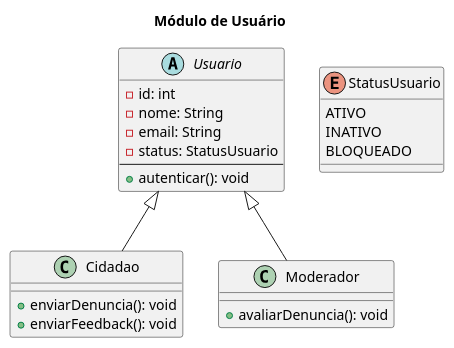
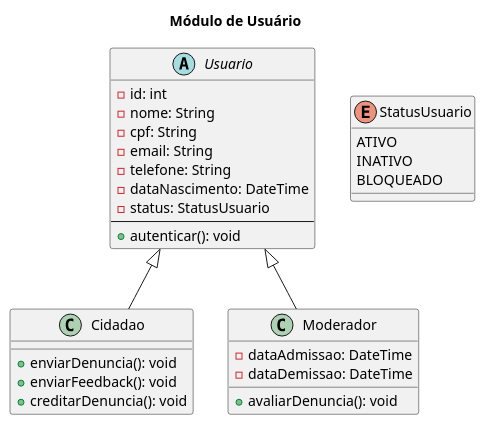
One commit to rafa-alves6/Reclama.se-AOO changed the second of 2 diagrams in modelos/readme.md. Above: the diagram before and after it, drawn with PlantUML. The commit also changed other lines of this file, not shown here.

````diff
--- a/modelos/readme.md
+++ b/modelos/readme.md
@@ -69,30 +69,38 @@
 ```plantuml
 @startuml
 title Módulo de Usuário
 
 abstract class Usuario {
   - id: int
   - nome: String
+  - cpf: String
   - email: String
+  - telefone: String
+  - dataNascimento: DateTime
   - status: StatusUsuario
   --
   + autenticar(): void
 }
 
 class Cidadao extends Usuario {
   + enviarDenuncia(): void
   + enviarFeedback(): void
+  + creditarDenuncia(): void
 }
 
 class Moderador extends Usuario {
+  - dataAdmissao: DateTime
+  - dataDemissao: DateTime
   + avaliarDenuncia(): void
 }
-
 
 enum StatusUsuario {
   ATIVO
   INATIVO
   BLOQUEADO
 }
+
+
+
 @enduml
 ```
````
